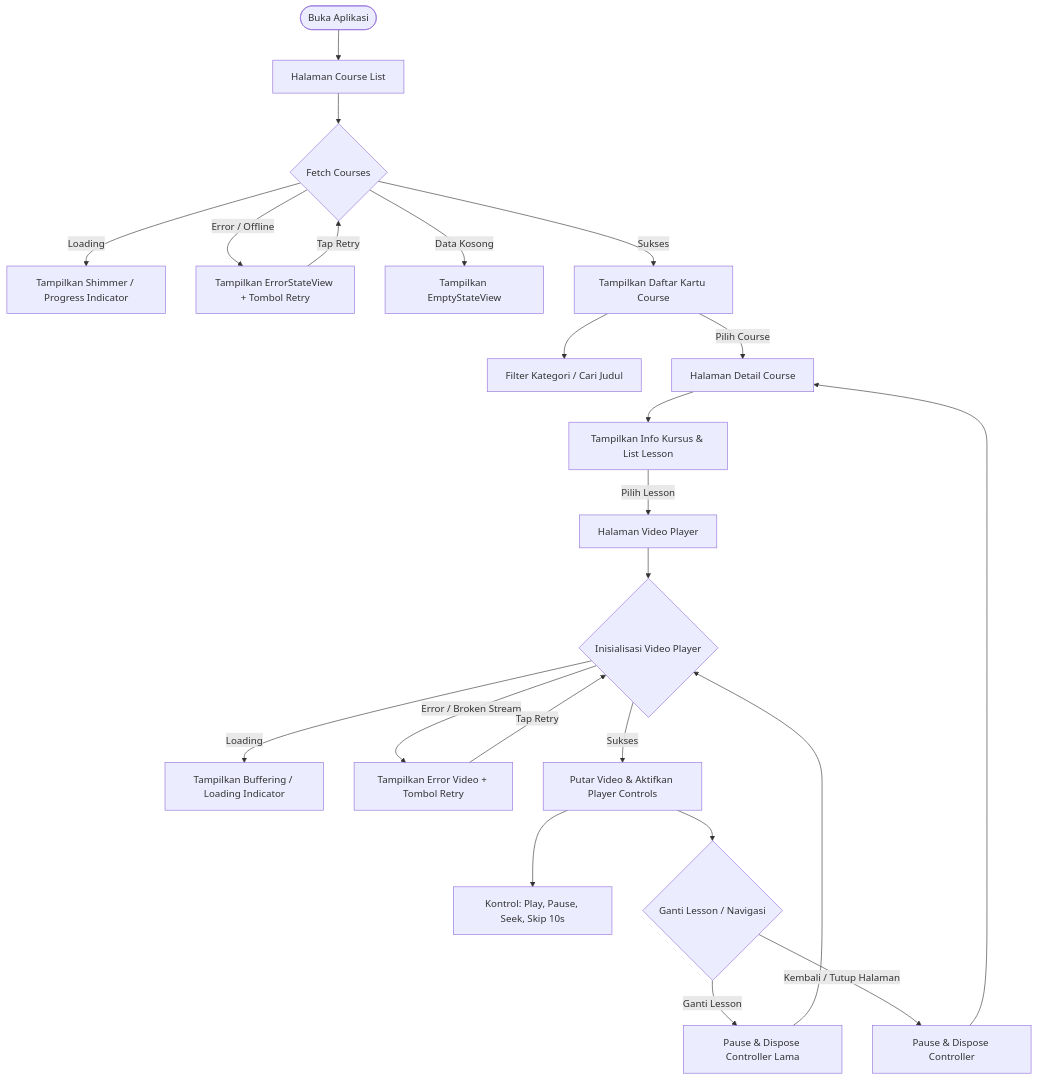
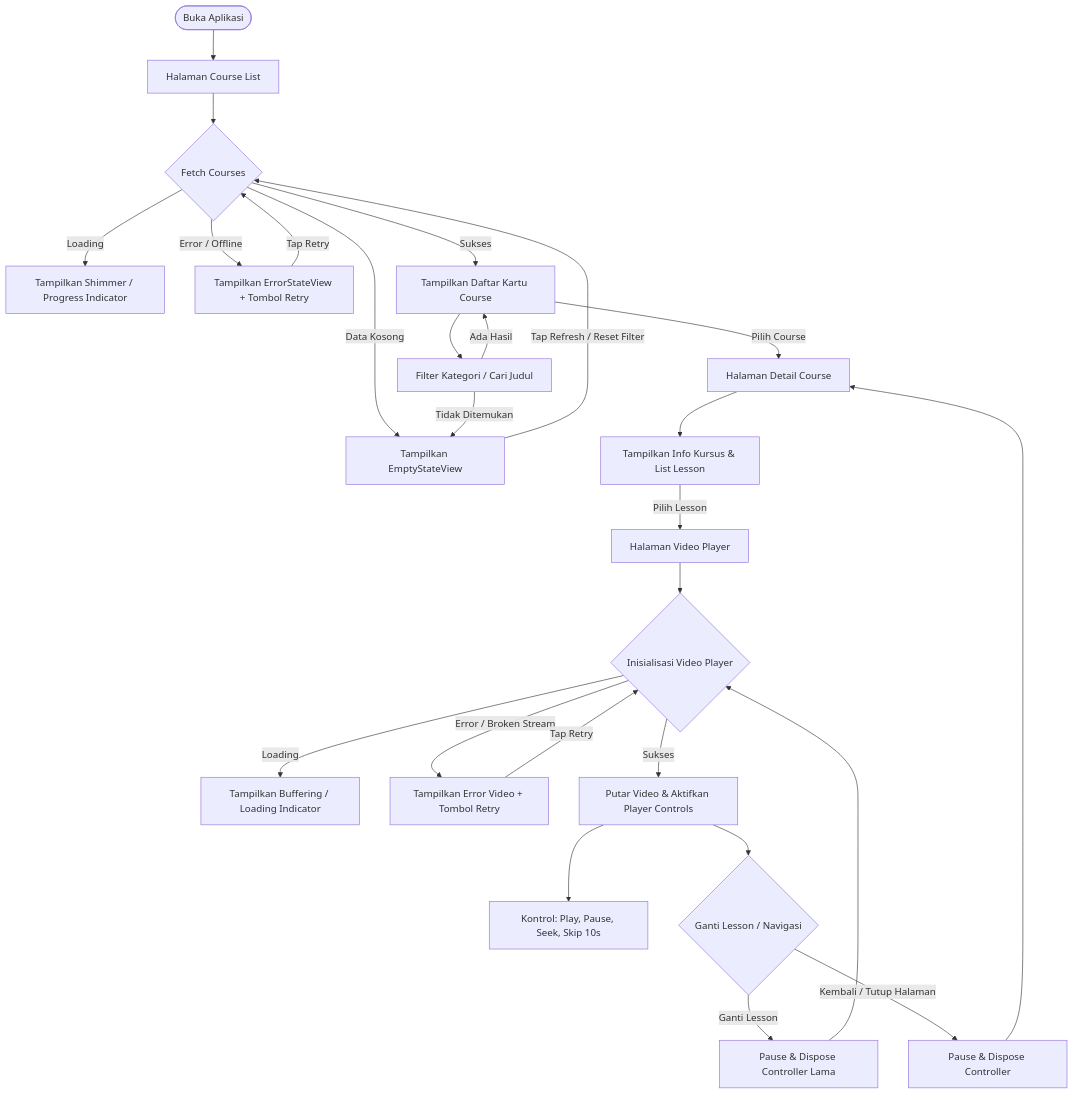
The third of 4 diagrams in docs/system_design.md (yonayohana06/course_app), drawn with Mermaid before and after one commit. The commit also changed other lines of this file and 3 other files, not shown here.

First line of the commit message:
Add sequence diagram and update system design documentation

````diff
--- a/docs/system_design.md
+++ b/docs/system_design.md
@@ -95,28 +95,31 @@
 ```mermaid
 flowchart TD
     Start([Buka Aplikasi]) --> CourseList[Halaman Course List]
     CourseList --> FetchCourses{Fetch Courses}
 
     FetchCourses -->|Loading| Spinner1[Tampilkan Shimmer / Progress Indicator]
     FetchCourses -->|Error / Offline| Error1[Tampilkan ErrorStateView + Tombol Retry]
     Error1 -->|Tap Retry| FetchCourses
     FetchCourses -->|Data Kosong| Empty1[Tampilkan EmptyStateView]
+    Empty1 -->|Tap Refresh / Reset Filter| FetchCourses
     FetchCourses -->|Sukses| DisplayCourses[Tampilkan Daftar Kartu Course]
 
     DisplayCourses --> SearchFilter[Filter Kategori / Cari Judul]
+    SearchFilter -->|Ada Hasil| DisplayCourses
+    SearchFilter -->|Tidak Ditemukan| Empty1
     DisplayCourses -->|Pilih Course| CourseDetail[Halaman Detail Course]
 
     CourseDetail --> DisplayLessons[Tampilkan Info Kursus & List Lesson]
     DisplayLessons -->|Pilih Lesson| LessonPlayer[Halaman Video Player]
 
     LessonPlayer --> InitVideo{Inisialisasi Video Player}
     InitVideo -->|Loading| VideoSpinner[Tampilkan Buffering / Loading Indicator]
     InitVideo -->|Error / Broken Stream| VideoError[Tampilkan Error Video + Tombol Retry]
     VideoError -->|Tap Retry| InitVideo
     InitVideo -->|Sukses| PlayVideo[Putar Video & Aktifkan Player Controls]
 
     PlayVideo --> Controls[Kontrol: Play, Pause, Seek, Skip 10s]
     PlayVideo --> NextPrev{Ganti Lesson / Navigasi}
     NextPrev -->|Ganti Lesson| DisposeOld[Pause & Dispose Controller Lama] --> InitVideo
     NextPrev -->|Kembali / Tutup Halaman| DisposeAll[Pause & Dispose Controller] --> CourseDetail
 ```
````
